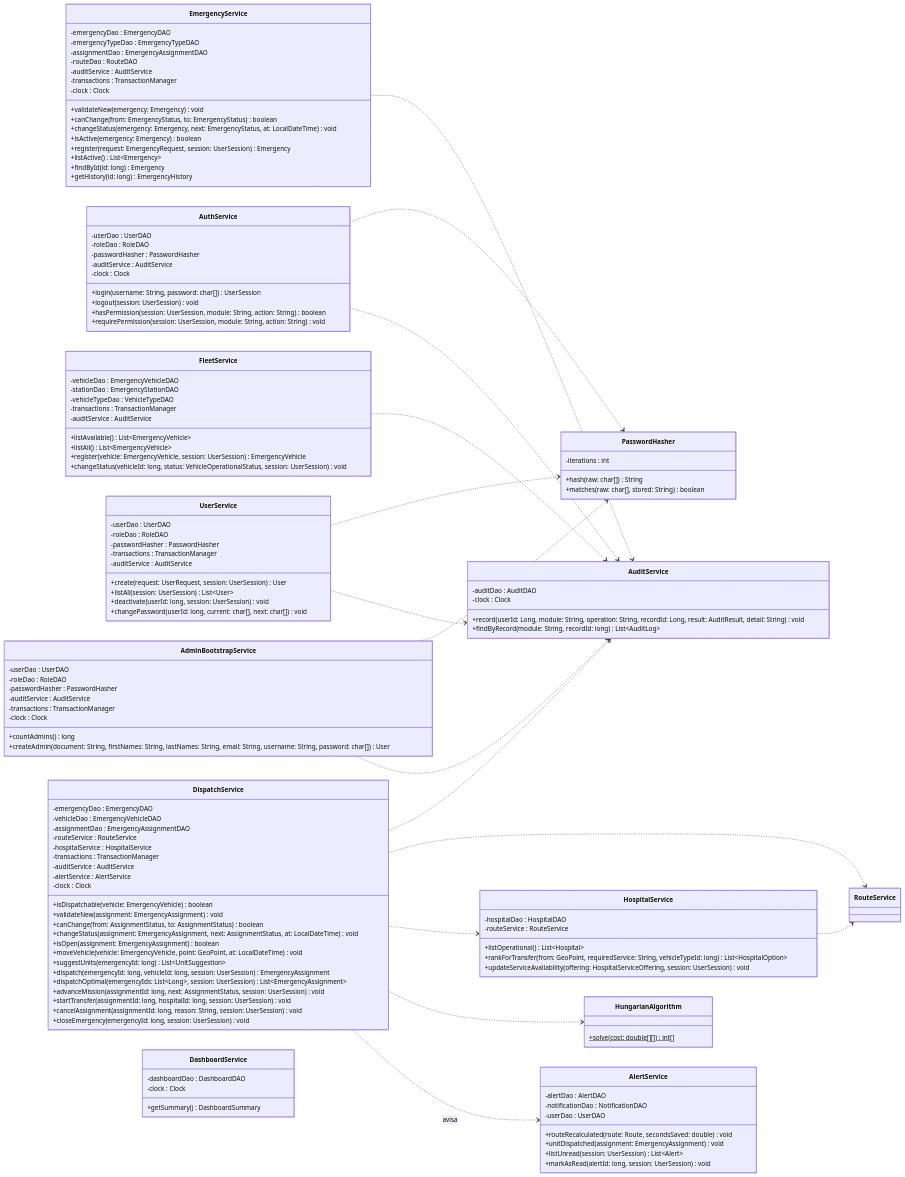
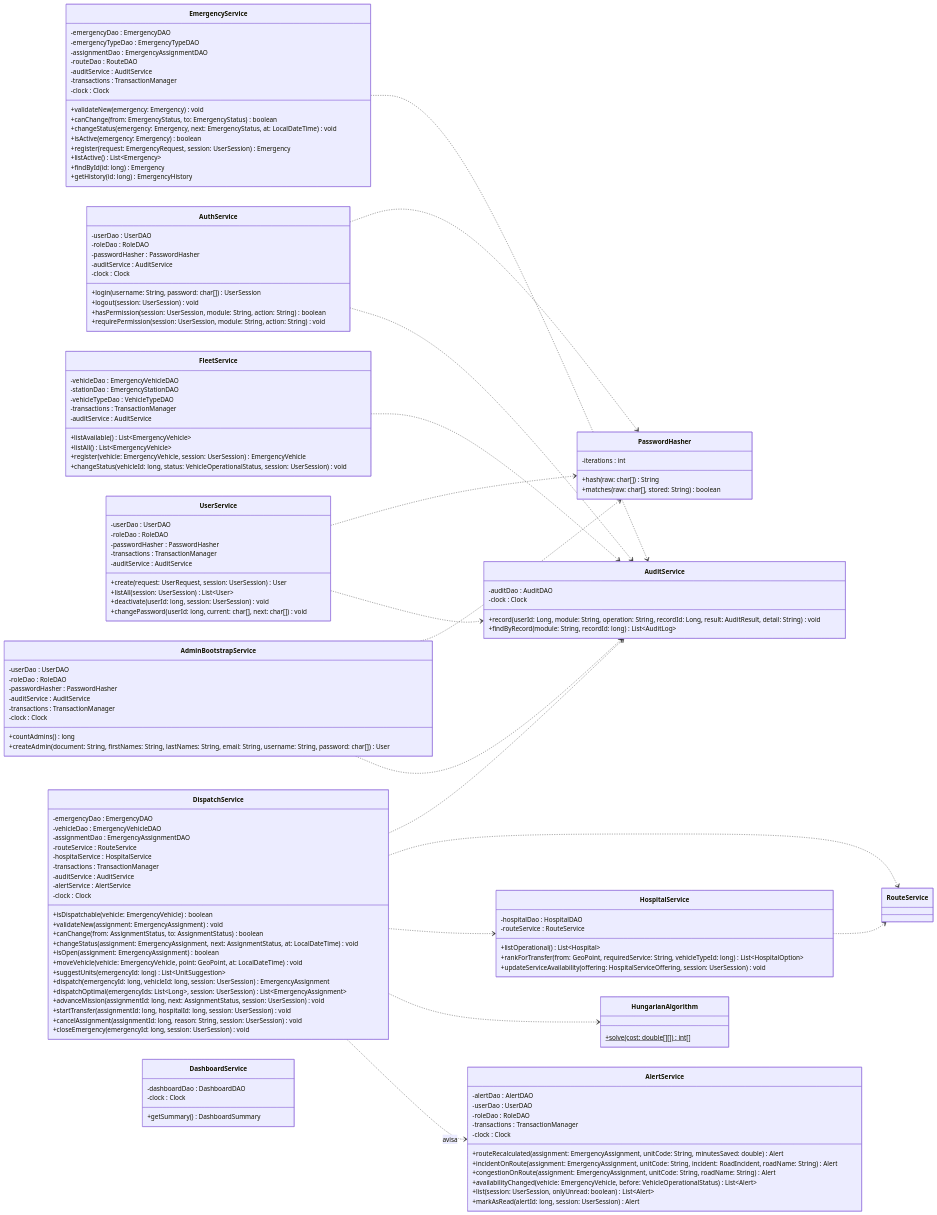
One commit to afzabaleta/RutaVida changed diagram 15 of 24 in docs/class-diagram.md. Above: the diagram before and after it, drawn with Mermaid. The commit also changed other lines of this file and 1 other file, not shown here.

```diff
--- a/docs/class-diagram.md
+++ b/docs/class-diagram.md
@@ -1080,14 +1082,18 @@
         -clock : Clock
         +getSummary() DashboardSummary
     }
-    class AlertService {
+        class AlertService {
         -alertDao : AlertDAO
-        -notificationDao : NotificationDAO
         -userDao : UserDAO
-        +routeRecalculated(route: Route, secondsSaved: double) void
-        +unitDispatched(assignment: EmergencyAssignment) void
-        +listUnread(session: UserSession) List~Alert~
-        +markAsRead(alertId: long, session: UserSession) void
+        -roleDao : RoleDAO
+        -transactions : TransactionManager
+        -clock : Clock
+        +routeRecalculated(assignment: EmergencyAssignment, unitCode: String, minutesSaved: double) Alert
+        +incidentOnRoute(assignment: EmergencyAssignment, unitCode: String, incident: RoadIncident, roadName: String) Alert
+        +congestionOnRoute(assignment: EmergencyAssignment, unitCode: String, roadName: String) Alert
+        +availabilityChanged(vehicle: EmergencyVehicle, before: VehicleOperationalStatus) List~Alert~
+        +list(session: UserSession, onlyUnread: boolean) List~Alert~
+        +markAsRead(alertId: long, session: UserSession) Alert
     }
     class PasswordHasher {
         -iterations : int
```
